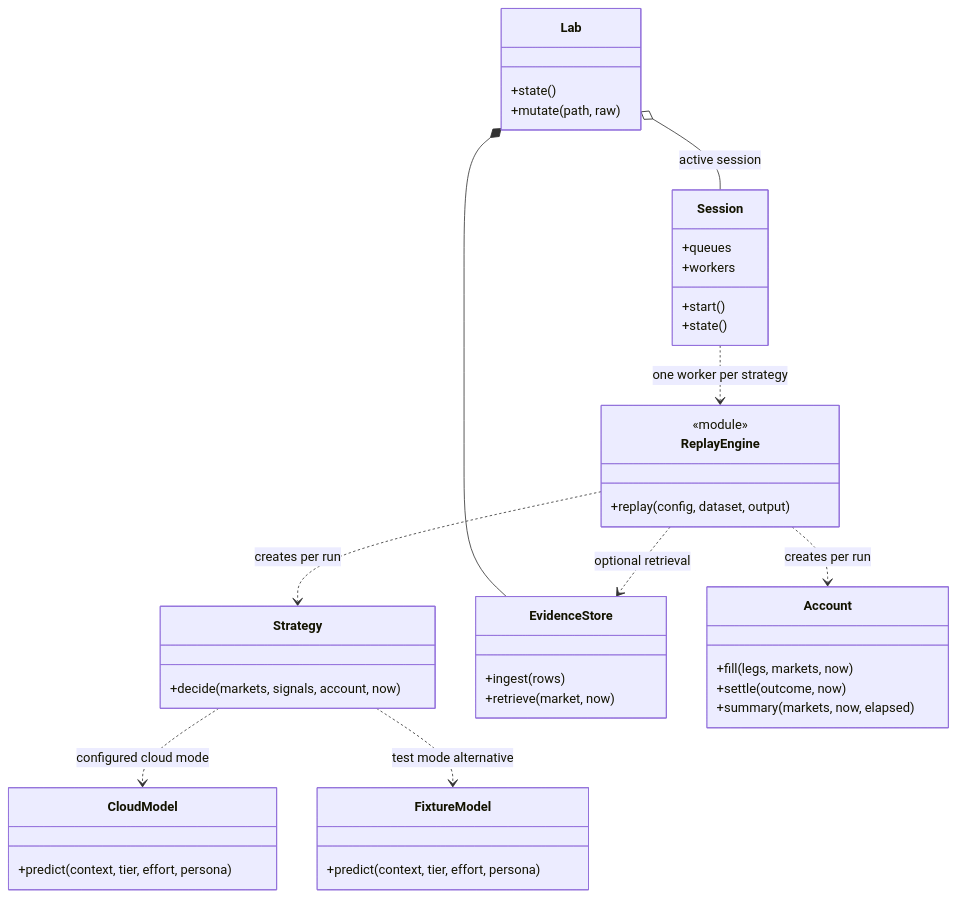
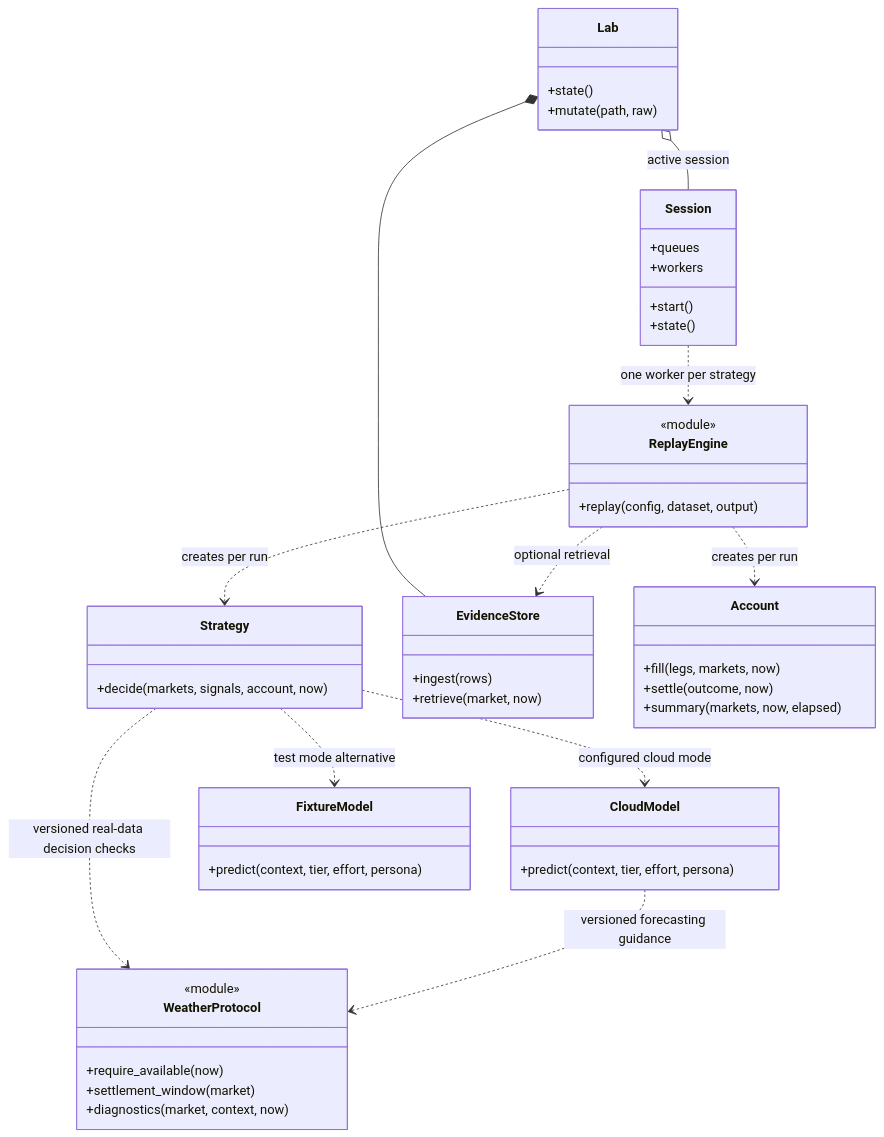
Before and after one commit to burdena0/weather-lab-polymarket-us: the fifth of 7 diagrams in docs/ARCHITECTURE-UML.md, drawn with Mermaid. The commit also changed other lines of this file and 13 other files, not shown here.

Commit message:
Synchronize architecture diagrams with versioned weather protocol

````diff
--- a/docs/ARCHITECTURE-UML.md
+++ b/docs/ARCHITECTURE-UML.md
@@ -182,43 +235,51 @@
 ```mermaid
 classDiagram
     class Lab {
         +state()
         +mutate(path, raw)
     }
     class Session {
         +start()
         +state()
         +queues
         +workers
     }
     class ReplayEngine {
         <<module>>
         +replay(config, dataset, output)
     }
     class Strategy {
         +decide(markets, signals, account, now)
+    }
+    class WeatherProtocol {
+        <<module>>
+        +require_available(now)
+        +settlement_window(market)
+        +diagnostics(market, context, now)
     }
     class EvidenceStore {
         +ingest(rows)
         +retrieve(market, now)
     }
     class Account {
         +fill(legs, markets, now)
         +settle(outcome, now)
         +summary(markets, now, elapsed)
     }
     class CloudModel {
         +predict(context, tier, effort, persona)
     }
     class FixtureModel {
         +predict(context, tier, effort, persona)
     }
     Lab *-- EvidenceStore
     Lab o-- Session : active session
     Session ..> ReplayEngine : one worker per strategy
     ReplayEngine ..> Strategy : creates per run
     ReplayEngine ..> Account : creates per run
     ReplayEngine ..> EvidenceStore : optional retrieval
+    Strategy ..> WeatherProtocol : versioned real-data decision checks
+    CloudModel ..> WeatherProtocol : versioned forecasting guidance
     Strategy ..> CloudModel : configured cloud mode
     Strategy ..> FixtureModel : test mode alternative
 ```
````
